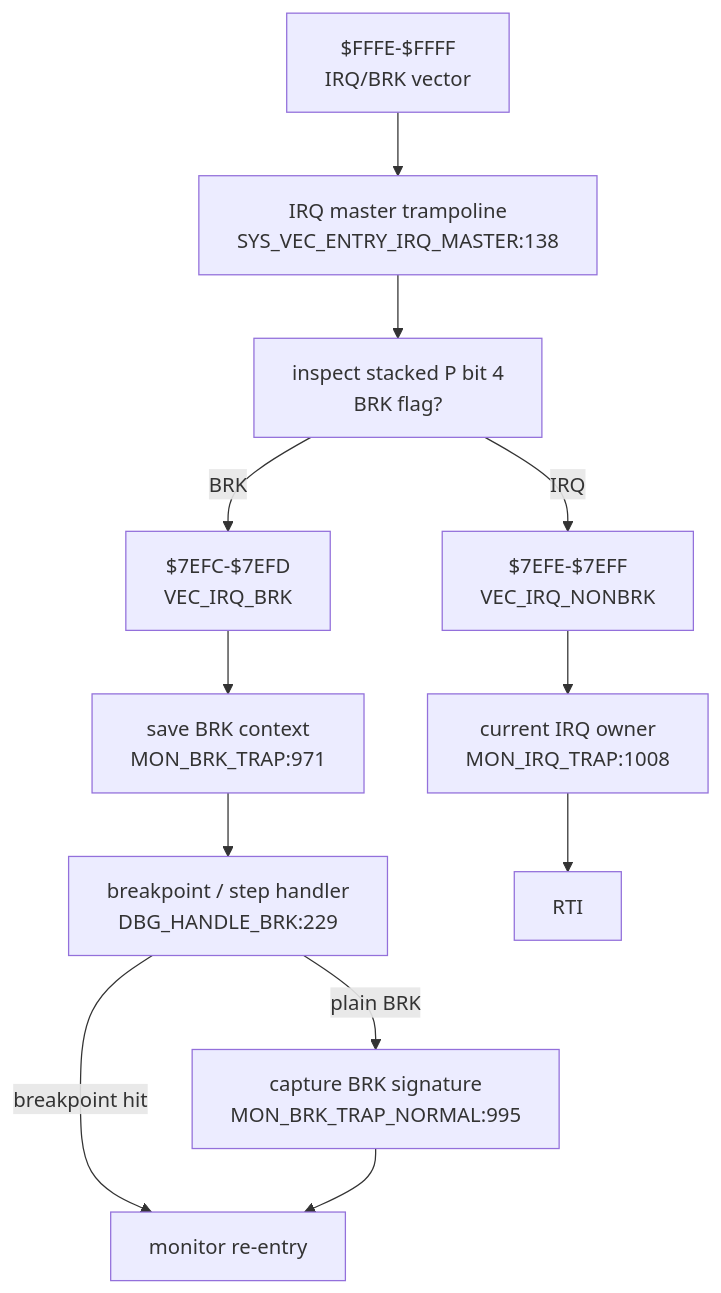
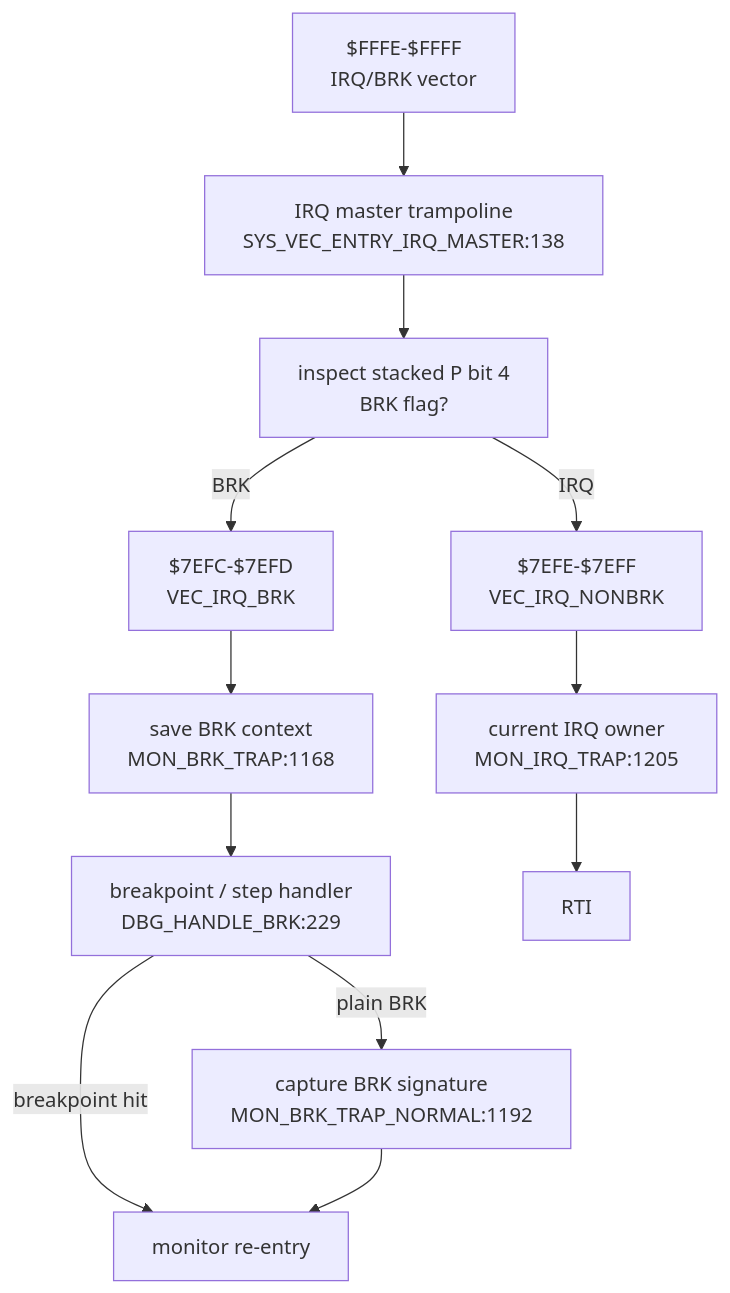
Before and after one commit to 95westus/R-YORS: the fifth of 6 diagrams in DOC/GENERATED/INTERRUPT_VECTOR_MAP.md, drawn with Mermaid. The commit also changed other lines of this file and 25 other files, not shown here.

````diff
--- a/DOC/GENERATED/INTERRUPT_VECTOR_MAP.md
+++ b/DOC/GENERATED/INTERRUPT_VECTOR_MAP.md
@@ -75,14 +75,14 @@
 ```mermaid
 flowchart TD
     IRQV["$FFFE-$FFFF<br/>IRQ/BRK vector"] --> IRQMASTER["IRQ master trampoline<br/>SYS_VEC_ENTRY_IRQ_MASTER:138"]
     IRQMASTER --> SPLIT["inspect stacked P bit 4<br/>BRK flag?"]
     SPLIT -->|BRK| VECBRK["$7EFC-$7EFD<br/>VEC_IRQ_BRK"]
     SPLIT -->|IRQ| VECIRQ["$7EFE-$7EFF<br/>VEC_IRQ_NONBRK"]
-    VECBRK --> BRKTRAP["save BRK context<br/>MON_BRK_TRAP:971"]
+    VECBRK --> BRKTRAP["save BRK context<br/>MON_BRK_TRAP:1168"]
     BRKTRAP --> DBGBRK["breakpoint / step handler<br/>DBG_HANDLE_BRK:229"]
     DBGBRK -->|breakpoint hit| REENTER["monitor re-entry"]
-    DBGBRK -->|plain BRK| BRKNORMAL["capture BRK signature<br/>MON_BRK_TRAP_NORMAL:995"]
+    DBGBRK -->|plain BRK| BRKNORMAL["capture BRK signature<br/>MON_BRK_TRAP_NORMAL:1192"]
     BRKNORMAL --> REENTER
-    VECIRQ --> IRQTRAP["current IRQ owner<br/>MON_IRQ_TRAP:1008"]
+    VECIRQ --> IRQTRAP["current IRQ owner<br/>MON_IRQ_TRAP:1205"]
     IRQTRAP --> RTIIRQ["RTI"]
 ```
````
